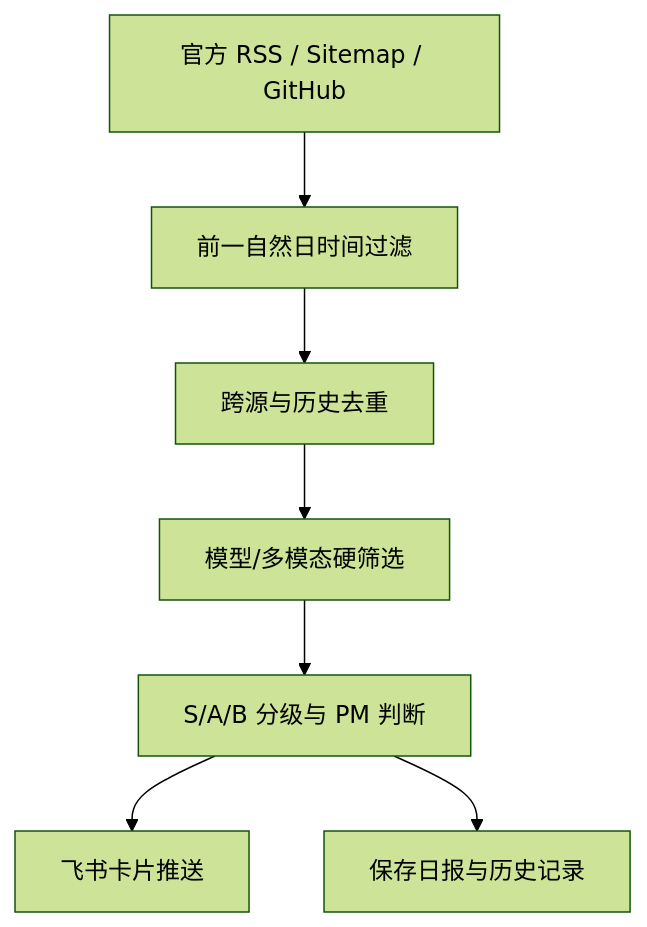
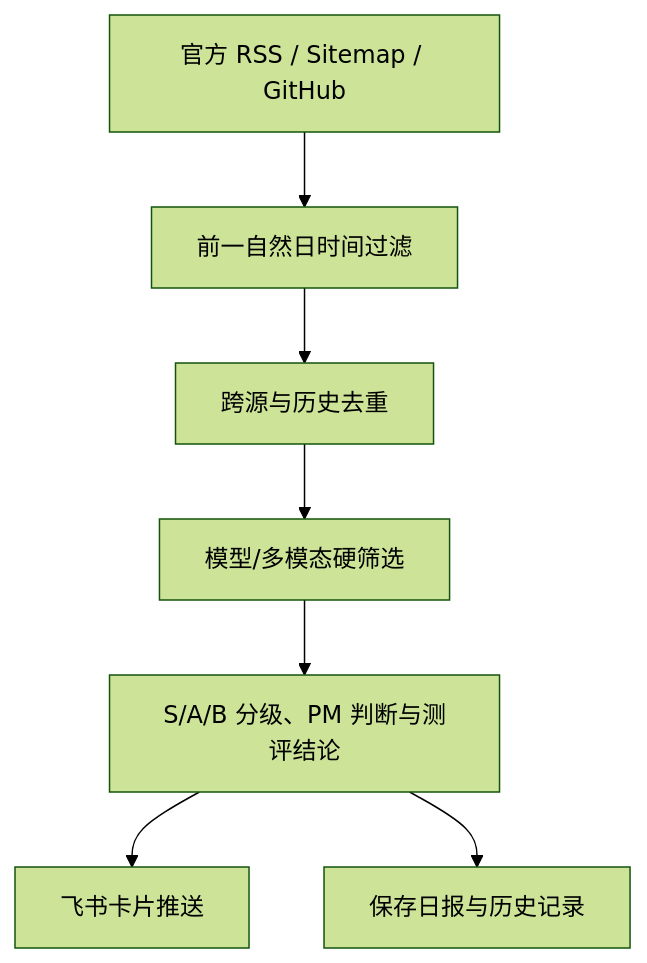
The diagram in README.md (2735298908-dev/AIan), drawn with Mermaid (forest theme) before and after one commit. The commit also changed other lines of this file and 2 other files, not shown here.

````diff
--- a/README.md
+++ b/README.md
@@ -19,9 +19,9 @@
 ```mermaid
 flowchart TD
     A["官方 RSS / Sitemap / GitHub"] --> B["前一自然日时间过滤"]
     B --> C["跨源与历史去重"]
     C --> D["模型/多模态硬筛选"]
-    D --> E["S/A/B 分级与 PM 判断"]
+    D --> E["S/A/B 分级、PM 判断与测评结论"]
     E --> F["飞书卡片推送"]
     E --> G["保存日报与历史记录"]
 ```
````
